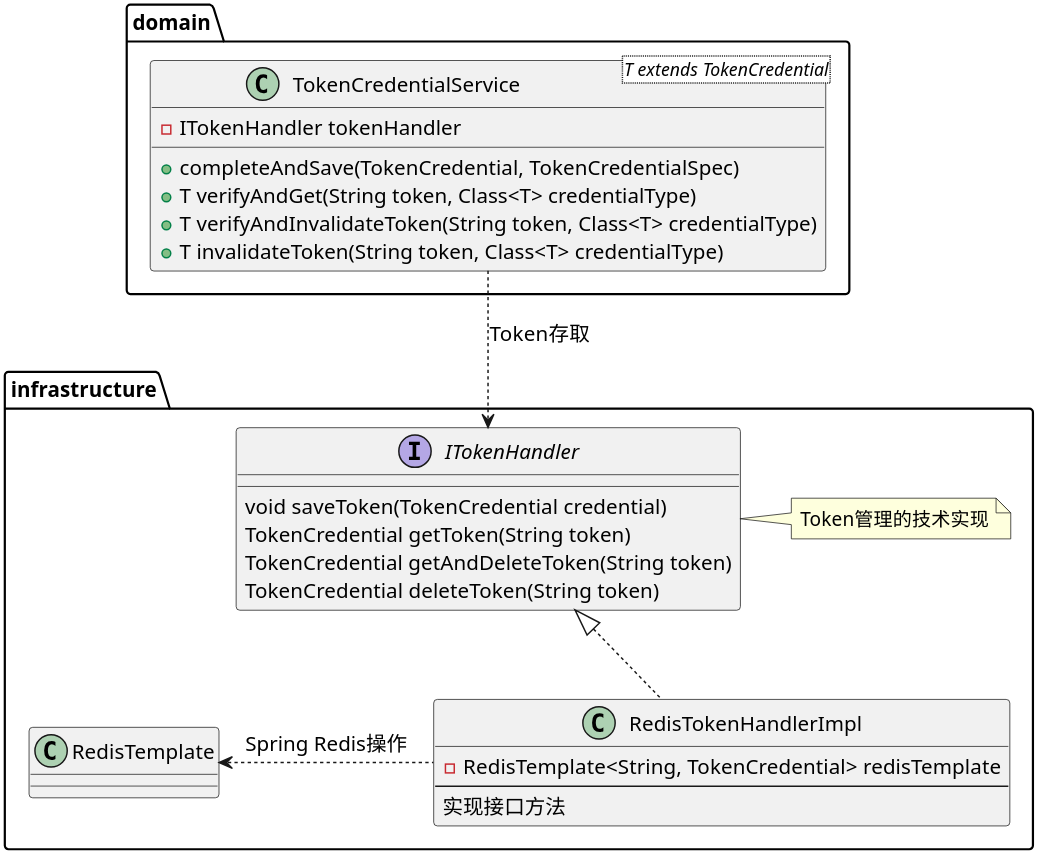
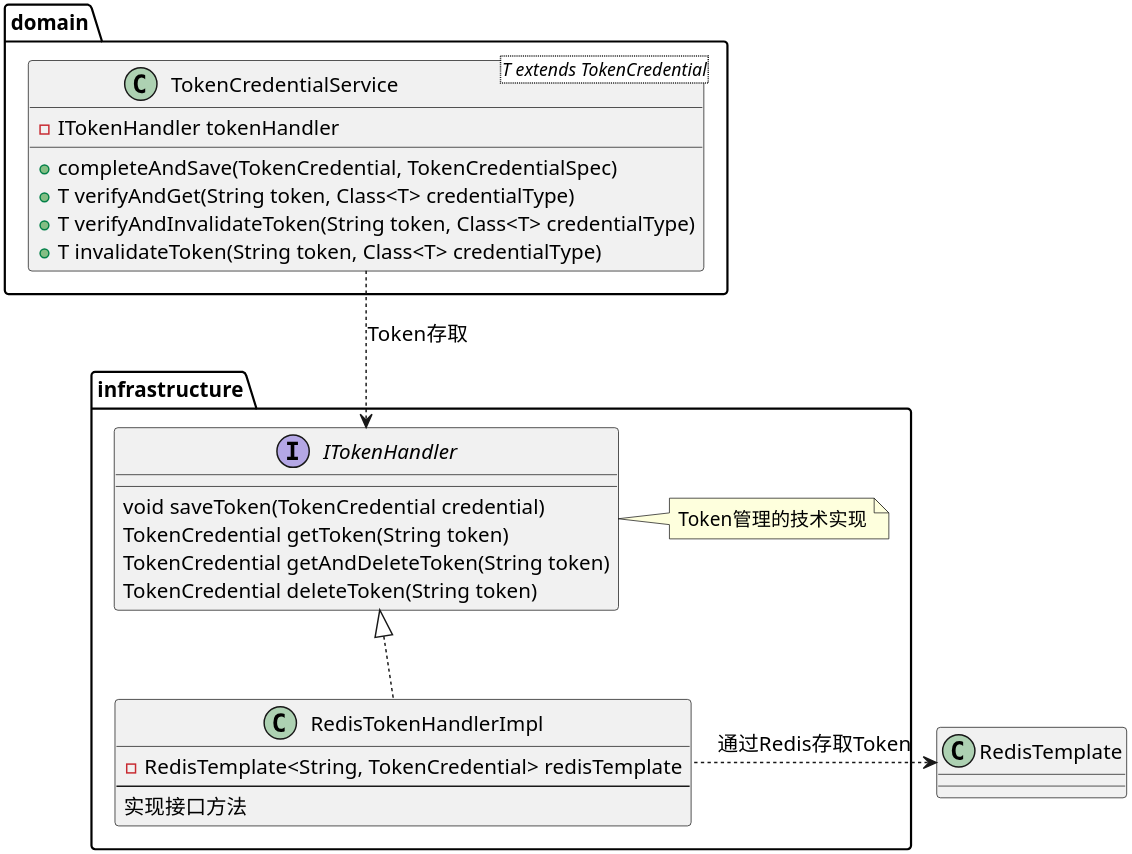
The diagram in uml/auth/token/token管理/服务token.puml (Etherealss/MessagePusher), drawn with PlantUML before and after one commit. The commit also changed 6 other files, not shown here.

```diff
--- a/uml/auth/token/token管理/服务token.puml
+++ b/uml/auth/token/token管理/服务token.puml
@@ -1,37 +1,39 @@
 @startuml
 'https://plantuml.com/class-diagram
 skinparam shadowing false
 skinparam defaultFontName xfonts-wqy
 skinparam dpi 300
 skinparam activity  {
     DiamondFontSize 14
     ArrowFontSize 14
     FontSize 14
 }
 package domain {
     class TokenCredentialService<T extends TokenCredential> {
         - ITokenHandler tokenHandler
         + completeAndSave(TokenCredential, TokenCredentialSpec)
         + T verifyAndGet(String token, Class<T> credentialType)
         + T verifyAndInvalidateToken(String token, Class<T> credentialType)
         + T invalidateToken(String token, Class<T> credentialType)
     }
 }
+
 package infrastructure {
     interface ITokenHandler {
         void saveToken(TokenCredential credential)
         TokenCredential getToken(String token)
         TokenCredential getAndDeleteToken(String token)
         TokenCredential deleteToken(String token)
     }
     note right of ITokenHandler: Token管理的技术实现
     class RedisTokenHandlerImpl implements ITokenHandler {
         - RedisTemplate<String, TokenCredential> redisTemplate
         ---
         实现接口方法
     }
-    class RedisTemplate
 }
+class RedisTemplate
+
 TokenCredentialService ..> ITokenHandler: Token存取
-RedisTemplate <. RedisTokenHandlerImpl: Spring Redis操作
+RedisTemplate <. RedisTokenHandlerImpl: 通过Redis存取Token
 @enduml
```
